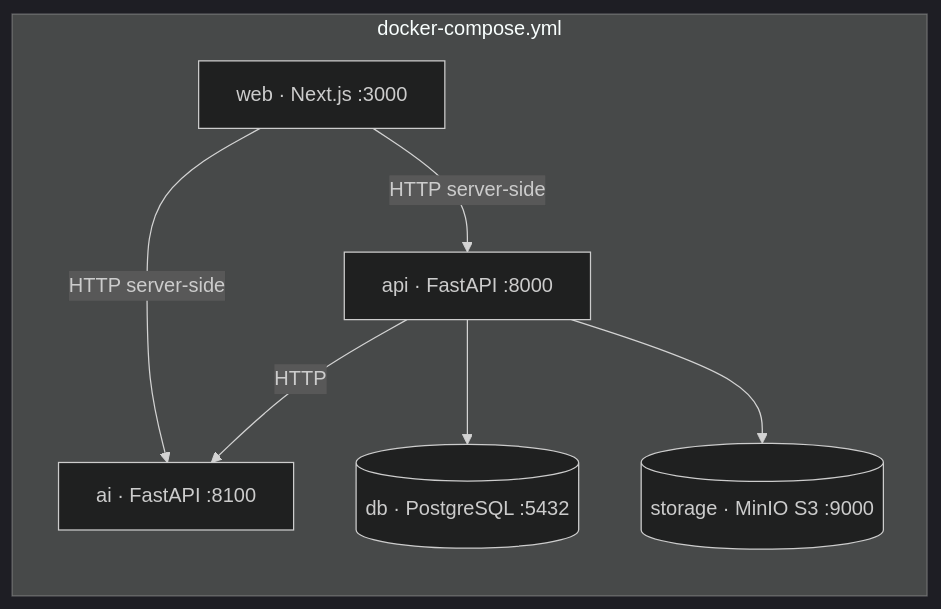
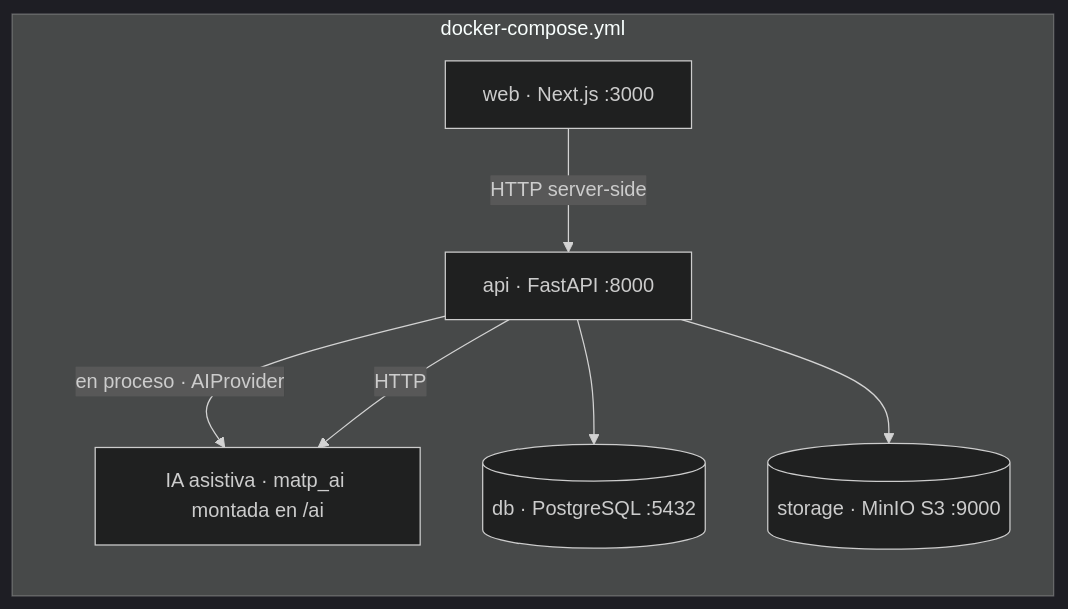
Before and after one commit to AndreAsenjo18/MATP-PUCP: the diagram in openspec/changes/setup-monorepo-base/design.md, drawn with Mermaid (dark theme). The commit also changed other lines of this file and 53 other files, not shown here.

````diff
--- a/openspec/changes/setup-monorepo-base/design.md
+++ b/openspec/changes/setup-monorepo-base/design.md
@@ -28,10 +28,10 @@
 ```mermaid
 flowchart LR
   subgraph compose[docker-compose.yml]
     web[web · Next.js :3000] -->|HTTP server-side| api[api · FastAPI :8000]
-    web -->|HTTP server-side| ai[ai · FastAPI :8100]
+    api -->|en proceso · AIProvider| ai[IA asistiva · matp_ai montada en /ai]
     api --> db[(db · PostgreSQL :5432)]
     api --> storage[(storage · MinIO S3 :9000)]
     api -->|HTTP| ai
   end
 ```
````
